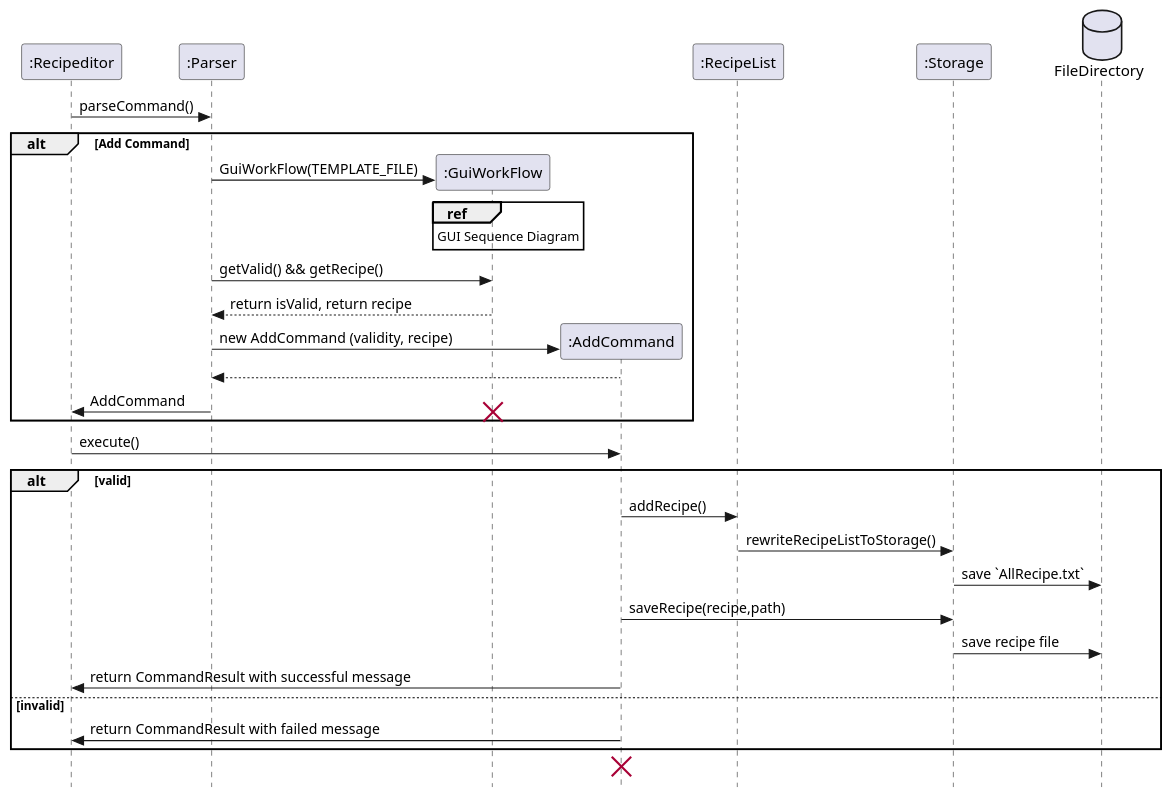
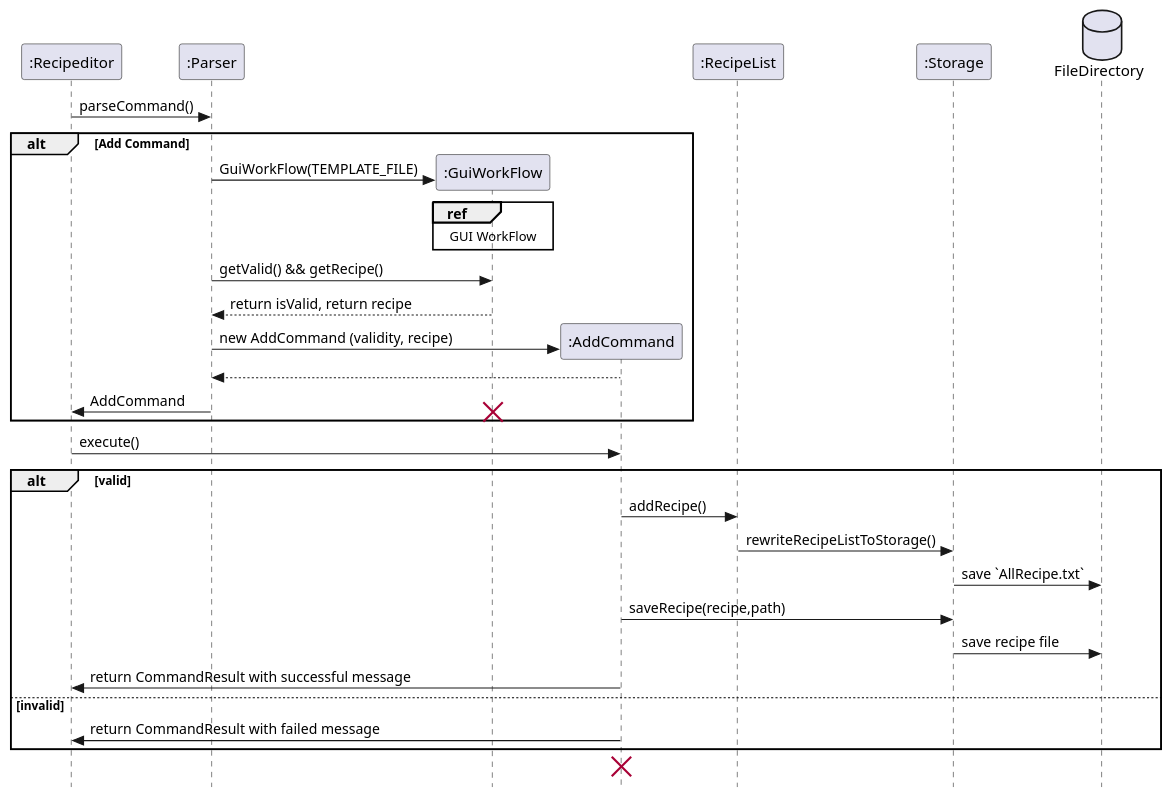
One commit to nus-cs2113-AY2223S1/tp changed the diagram in docs/SequenceDiagram/AddEditor.puml. Above: the diagram before and after it, drawn with PlantUML. The commit also changed 14 other files, not shown here.

```diff
--- a/docs/SequenceDiagram/AddEditor.puml
+++ b/docs/SequenceDiagram/AddEditor.puml
@@ -1,41 +1,41 @@
 @startuml
 skinparam Style strictuml
 participant ":Recipeditor" as Main
 participant ":Parser" as Parser
 participant ":GuiWorkFlow" as GuiWorkFlow
 participant ":AddCommand" as AddCommand
 participant ":RecipeList" as RecipeList
 participant ":Storage" as Storage
 database FileDirectory
 
 Main-> Parser: parseCommand()
 
 alt Add Command
 create GuiWorkFlow
 Parser -> GuiWorkFlow: GuiWorkFlow(TEMPLATE_FILE)
 ref over GuiWorkFlow
-GUI Sequence Diagram
+GUI WorkFlow
 end
 Parser -> GuiWorkFlow: getValid() && getRecipe()
 GuiWorkFlow --> Parser: return isValid, return recipe
 
 create AddCommand
 Parser -> AddCommand: new AddCommand (validity, recipe)
 AddCommand --> Parser:
 Parser -> Main : AddCommand
 destroy GuiWorkFlow
 end
 Main -> AddCommand: execute()
 alt valid
     AddCommand -> RecipeList: addRecipe()
     RecipeList -> Storage: rewriteRecipeListToStorage()
     Storage -> FileDirectory: save `AllRecipe.txt`
     AddCommand -> Storage: saveRecipe(recipe,path)
     Storage -> FileDirectory: save recipe file
     AddCommand -> Main: return CommandResult with successful message
 else invalid
     AddCommand -> Main: return CommandResult with failed message
 end
 destroy AddCommand
 
 @enduml
```
